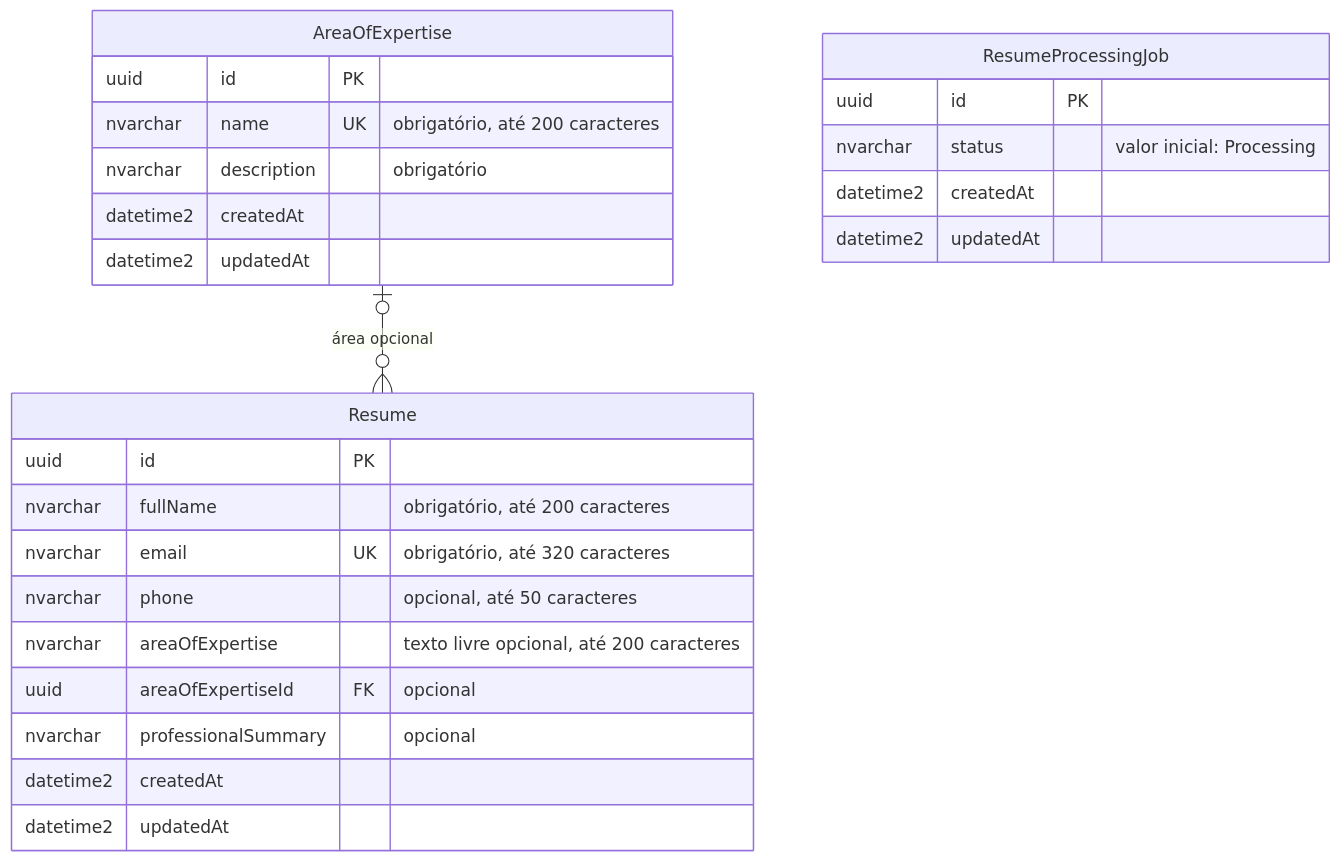
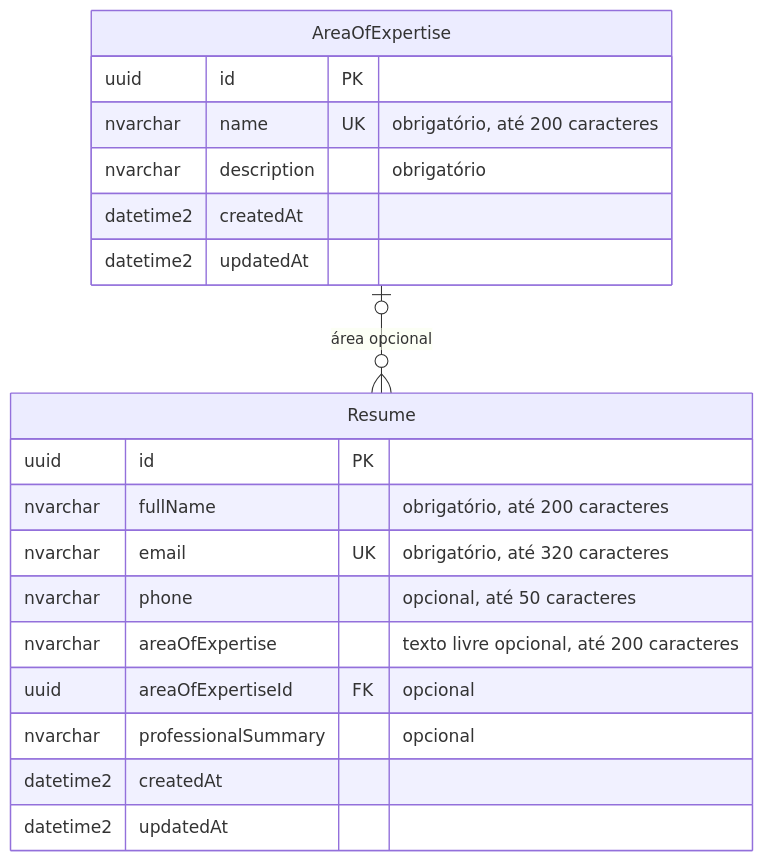
One commit to danilosiq/desafio-CIEE changed the diagram in docs/ERD.md. Above: the diagram before and after it, drawn with Mermaid. The commit also changed other lines of this file and 23 other files, not shown here.

````diff
--- a/docs/ERD.md
+++ b/docs/ERD.md
@@ -5,31 +5,25 @@
 ```mermaid
 erDiagram
     AreaOfExpertise o|--o{ Resume : "área opcional"
 
     Resume {
         uuid id PK
         nvarchar fullName "obrigatório, até 200 caracteres"
         nvarchar email UK "obrigatório, até 320 caracteres"
         nvarchar phone "opcional, até 50 caracteres"
         nvarchar areaOfExpertise "texto livre opcional, até 200 caracteres"
         uuid areaOfExpertiseId FK "opcional"
         nvarchar professionalSummary "opcional"
         datetime2 createdAt
         datetime2 updatedAt
     }
 
     AreaOfExpertise {
         uuid id PK
         nvarchar name UK "obrigatório, até 200 caracteres"
         nvarchar description "obrigatório"
         datetime2 createdAt
         datetime2 updatedAt
     }
 
-    ResumeProcessingJob {
-        uuid id PK
-        nvarchar status "valor inicial: Processing"
-        datetime2 createdAt
-        datetime2 updatedAt
-    }
 ```
````
